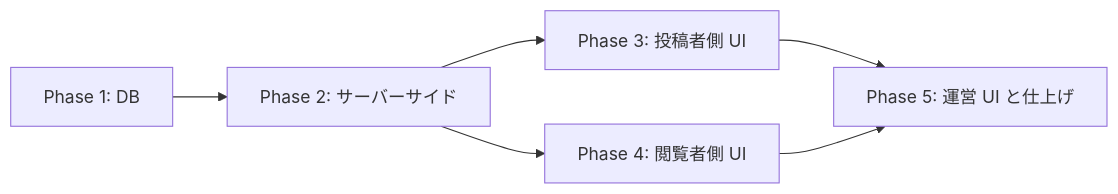
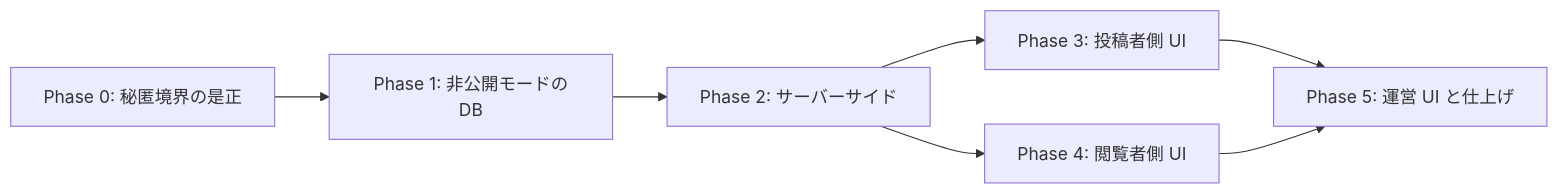
Before and after one commit to 3balljugglerYu/ai_coordinate: the sixth of 6 diagrams in docs/planning/free-prompt-private-mode-implementation-plan.md, drawn with Mermaid. The commit also changed other lines of this file, not shown here.

````diff
--- a/docs/planning/free-prompt-private-mode-implementation-plan.md
+++ b/docs/planning/free-prompt-private-mode-implementation-plan.md
@@ -326,8 +364,9 @@
 ```mermaid
 flowchart LR
-    P1["Phase 1: DB"] --> P2["Phase 2: サーバーサイド"]
+    P0["Phase 0: 秘匿境界の是正"] --> P1["Phase 1: 非公開モードのDB"]
+    P1 --> P2["Phase 2: サーバーサイド"]
     P2 --> P3["Phase 3: 投稿者側 UI"]
     P2 --> P4["Phase 4: 閲覧者側 UI"]
     P3 --> P5["Phase 5: 運営 UI と仕上げ"]
     P4 --> P5
 ```
````
